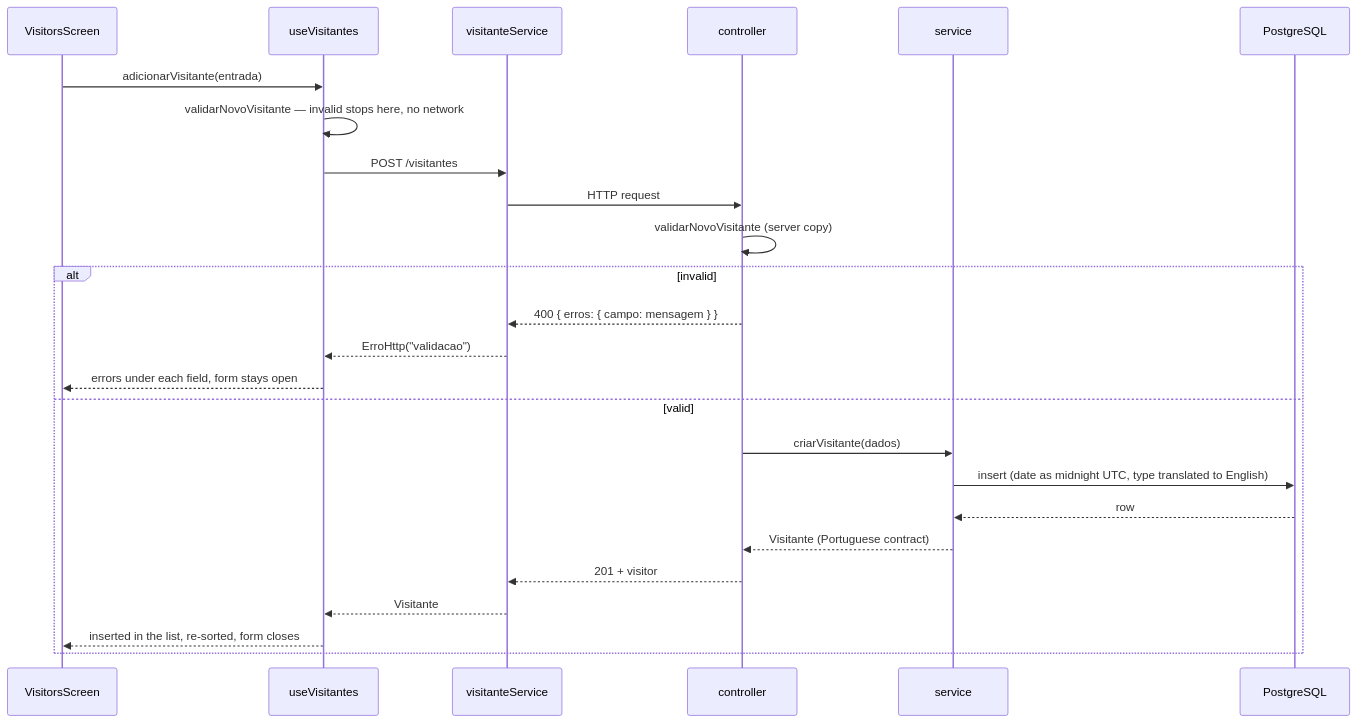
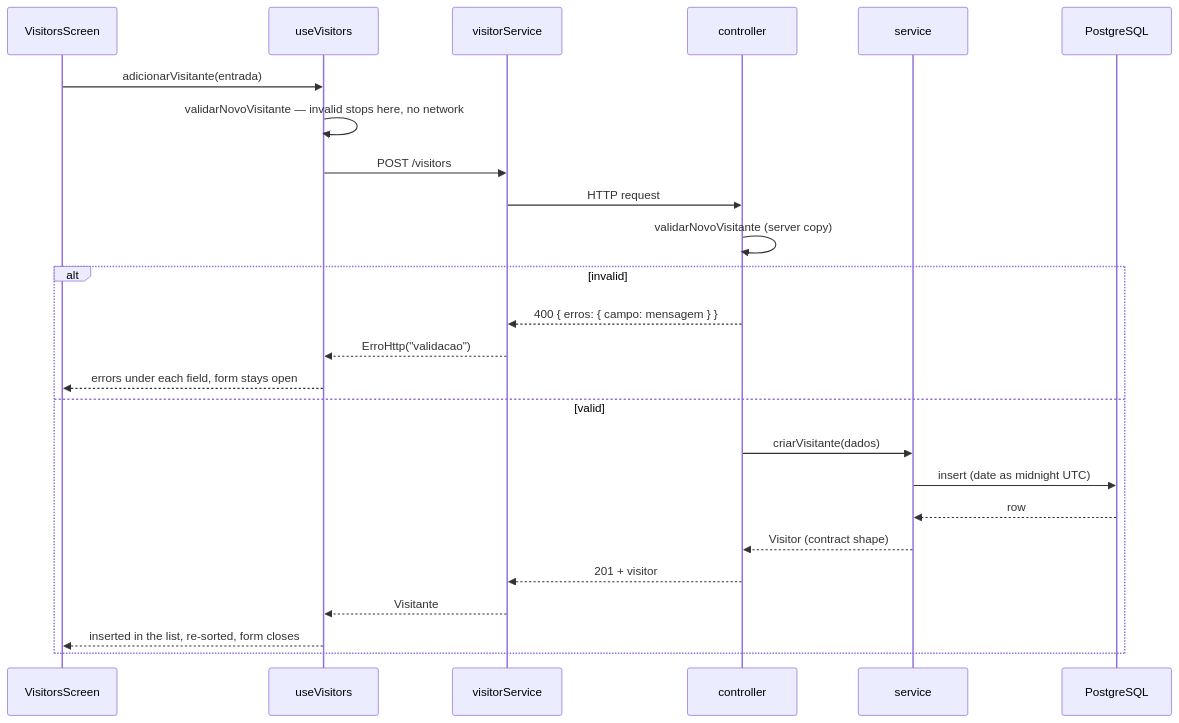
One commit to devfilip1/Condfy changed the second of 2 diagrams in docs/architecture.md. Above: the diagram before and after it, drawn with Mermaid. The commit also changed other lines of this file and 11 other files, not shown here.

````diff
--- a/docs/architecture.md
+++ b/docs/architecture.md
@@ -118,28 +124,28 @@
 ```mermaid
 sequenceDiagram
     participant S as VisitorsScreen
-    participant H as useVisitantes
-    participant Svc as visitanteService
+    participant H as useVisitors
+    participant Svc as visitorService
     participant C as controller
     participant Sv as service
     participant DB as PostgreSQL
 
     S->>H: adicionarVisitante(entrada)
     H->>H: validarNovoVisitante — invalid stops here, no network
-    H->>Svc: POST /visitantes
+    H->>Svc: POST /visitors
     Svc->>C: HTTP request
     C->>C: validarNovoVisitante (server copy)
     alt invalid
         C-->>Svc: 400 { erros: { campo: mensagem } }
         Svc-->>H: ErroHttp("validacao")
         H-->>S: errors under each field, form stays open
     else valid
         C->>Sv: criarVisitante(dados)
-        Sv->>DB: insert (date as midnight UTC, type translated to English)
+        Sv->>DB: insert (date as midnight UTC)
         DB-->>Sv: row
-        Sv-->>C: Visitante (Portuguese contract)
+        Sv-->>C: Visitor (contract shape)
         C-->>Svc: 201 + visitor
         Svc-->>H: Visitante
         H-->>S: inserted in the list, re-sorted, form closes
     end
 ```
````
